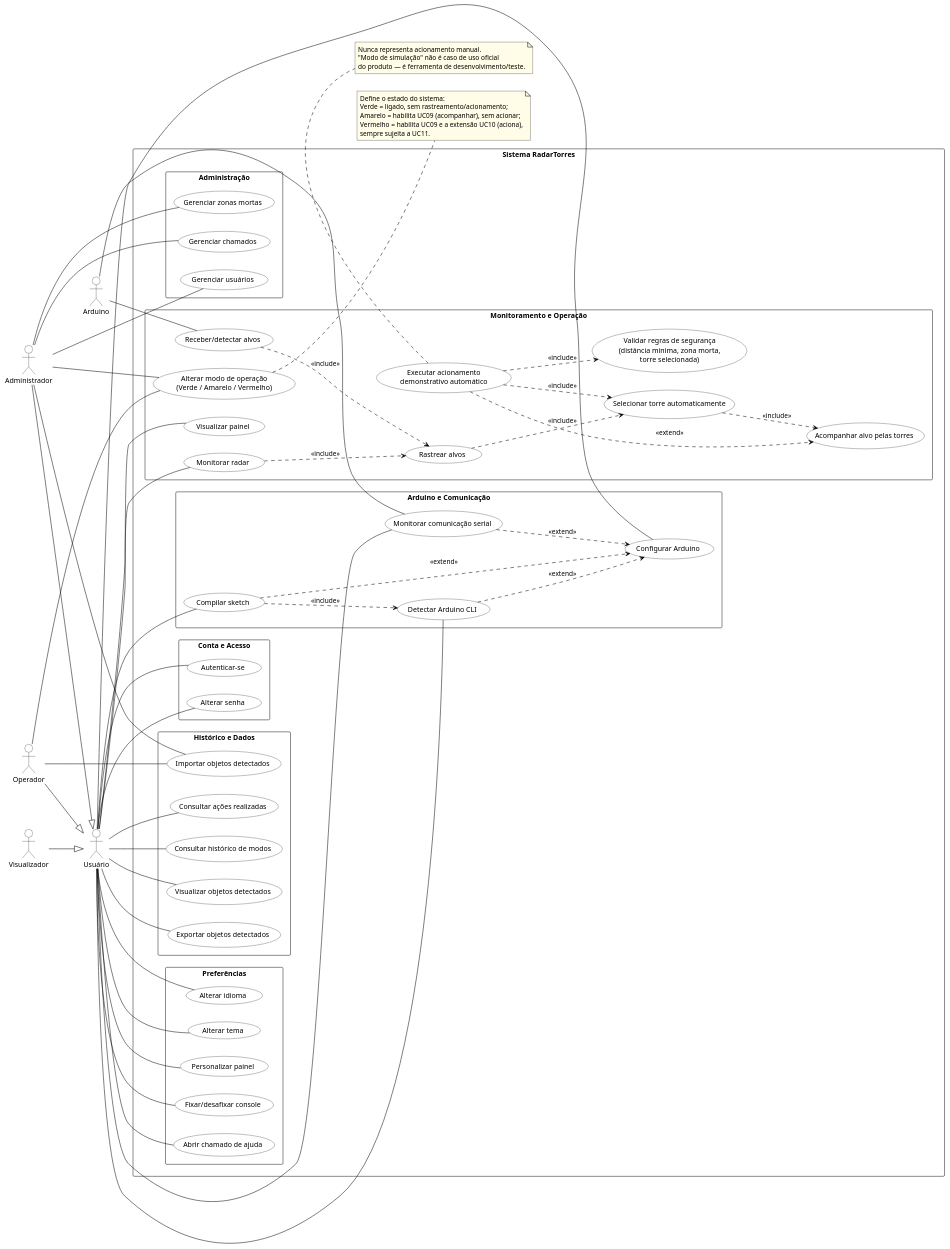
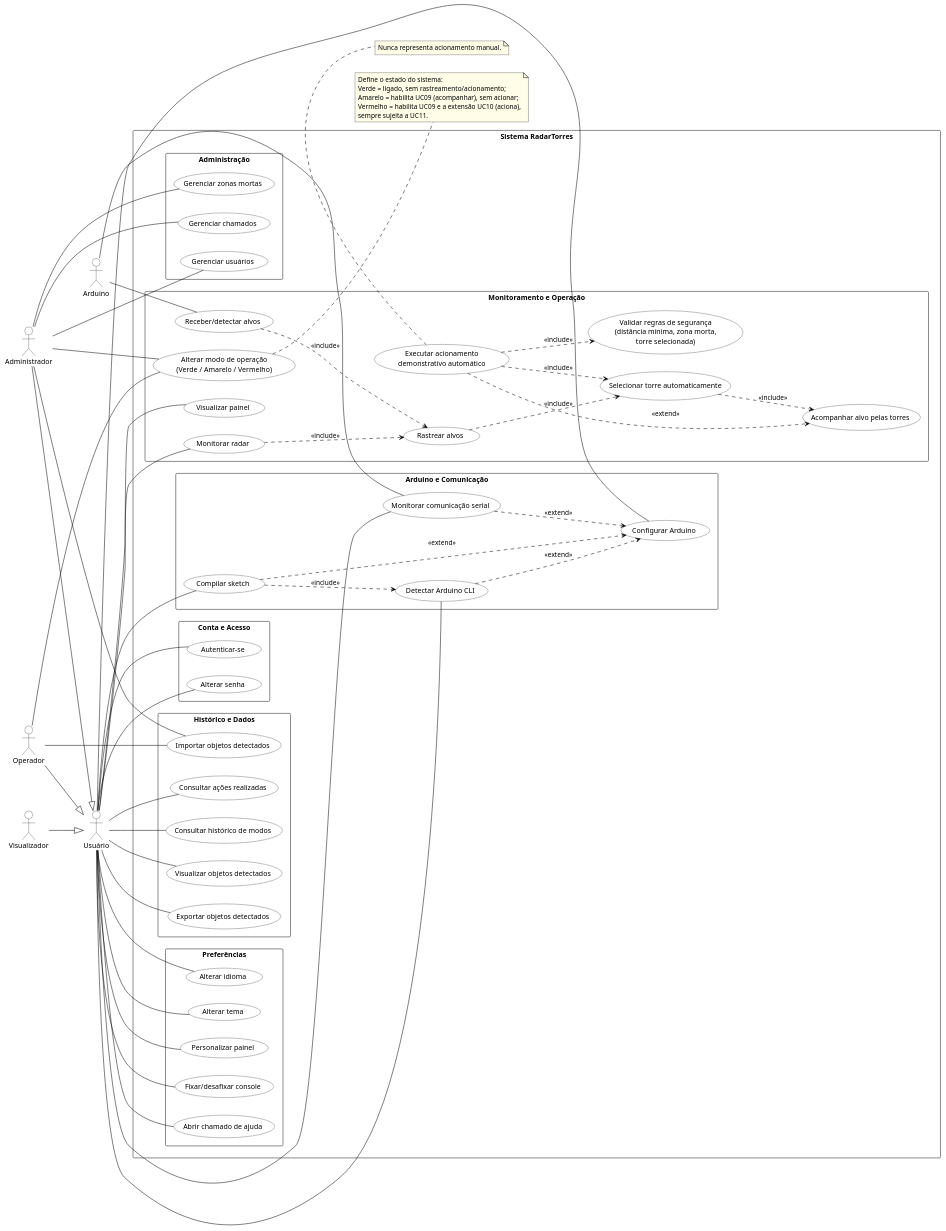
The diagram in Docs/Documentos_Entregaveis/UML/Casos_de_Uso_RadarTorres.puml (Matheus-Emanoel-Souza/Sistema_Rastreamento_Alvos_Arduino), drawn with PlantUML before and after one commit. The commit also changed 12 other files, not shown here.

First line of the commit message:
docs: remove o modo de simulação da documentação do TCC

```diff
--- a/Docs/Documentos_Entregaveis/UML/Casos_de_Uso_RadarTorres.puml
+++ b/Docs/Documentos_Entregaveis/UML/Casos_de_Uso_RadarTorres.puml
@@ -1,145 +1,143 @@
 @startuml Casos_de_Uso_RadarTorres
 
 ' RadarTorres — Diagrama de Casos de Uso (versão para o documento acadêmico do TCC)
 ' Mesmo modelo validado contra o código-fonte já publicado em
 ' Docs/Documentos_Entregaveis/Diagramas_e_requisitos/Diagrama_Casos_de_Uso.puml — reproduzido aqui como artefato
 ' independente do pacote Docs/Documentos_Entregaveis/, para acompanhar Docs/Documentos_Entregaveis/UML_RadarTorres.md sem obrigar
 ' o leitor do TCC a navegar para a pasta de rastreabilidade técnica.
 ' Convenção: casos de uso puramente automáticos (reação do sistema a uma leitura do Arduino
 ' ou a um modo já ativo) não recebem linha de ator — só são alcançados por <<include>>/
 ' <<extend>> a partir de quem realmente os aciona. Isso reforça que não há acionamento manual.
 
 left to right direction
 skinparam shadowing false
 skinparam packageStyle rectangle
 skinparam usecase {
   BackgroundColor White
   BorderColor Black
   ArrowColor Black
 }
 skinparam actor {
   BackgroundColor White
   BorderColor Black
 }
 skinparam note {
   BackgroundColor #FFFDE7
   BorderColor Black
 }
 
 actor "Usuário" as Usuario
 actor "Administrador" as Administrador
 actor "Operador" as Operador
 actor "Visualizador" as Visualizador
 actor "Arduino" as Arduino
 
 Administrador --|> Usuario
 Operador --|> Usuario
 Visualizador --|> Usuario
 
 rectangle "Sistema RadarTorres" {
 
   package "Conta e Acesso" {
     usecase "Autenticar-se" as UC01
     usecase "Alterar senha" as UC02
   }
 
   package "Monitoramento e Operação" {
     usecase "Visualizar painel" as UC03
     usecase "Monitorar radar" as UC04
     usecase "Receber/detectar alvos" as UC05
     usecase "Rastrear alvos" as UC06
     usecase "Selecionar torre automaticamente" as UC07
     usecase "Alterar modo de operação\n(Verde / Amarelo / Vermelho)" as UC08
     usecase "Acompanhar alvo pelas torres" as UC09
     usecase "Executar acionamento\ndemonstrativo automático" as UC10
     usecase "Validar regras de segurança\n(distância mínima, zona morta,\ntorre selecionada)" as UC11
   }
 
   package "Histórico e Dados" {
     usecase "Visualizar objetos detectados" as UC12
     usecase "Exportar objetos detectados" as UC13
     usecase "Importar objetos detectados" as UC14
     usecase "Consultar ações realizadas" as UC15
     usecase "Consultar histórico de modos" as UC16
   }
 
   package "Administração" {
     usecase "Gerenciar usuários" as UC17
     usecase "Gerenciar zonas mortas" as UC18
     usecase "Gerenciar chamados" as UC24
   }
 
   package "Preferências" {
     usecase "Alterar idioma" as UC19
     usecase "Alterar tema" as UC20
     usecase "Personalizar painel" as UC21
     usecase "Fixar/desafixar console" as UC22
     usecase "Abrir chamado de ajuda" as UC23
   }
 
   package "Arduino e Comunicação" {
     usecase "Configurar Arduino" as UC25
     usecase "Detectar Arduino CLI" as UC26
     usecase "Compilar sketch" as UC27
     usecase "Monitorar comunicação serial" as UC28
   }
 }
 
 Usuario -- UC01
 Usuario -- UC02
 Usuario -- UC03
 Usuario -- UC04
 Usuario -- UC12
 Usuario -- UC13
 Usuario -- UC15
 Usuario -- UC16
 Usuario -- UC19
 Usuario -- UC20
 Usuario -- UC21
 Usuario -- UC22
 Usuario -- UC23
 Usuario -- UC25
 Usuario -- UC26
 Usuario -- UC27
 Usuario -- UC28
 
 Administrador -- UC08
 Operador -- UC08
 Administrador -- UC14
 Operador -- UC14
 
 Administrador -- UC17
 Administrador -- UC18
 Administrador -- UC24
 
 Arduino -- UC05
 Arduino -- UC28
 
 UC04 ..> UC06 : <<include>>
 UC05 ..> UC06 : <<include>>
 UC06 ..> UC07 : <<include>>
 UC07 ..> UC09 : <<include>>
 UC10 ..> UC09 : <<extend>>
 UC10 ..> UC07 : <<include>>
 UC10 ..> UC11 : <<include>>
 
 UC27 ..> UC26 : <<include>>
 UC26 ..> UC25 : <<extend>>
 UC27 ..> UC25 : <<extend>>
 UC28 ..> UC25 : <<extend>>
 
 note right of UC08
   Define o estado do sistema:
   Verde = ligado, sem rastreamento/acionamento;
   Amarelo = habilita UC09 (acompanhar), sem acionar;
   Vermelho = habilita UC09 e a extensão UC10 (aciona),
   sempre sujeita a UC11.
 end note
 
 note bottom of UC10
   Nunca representa acionamento manual.
-  "Modo de simulação" não é caso de uso oficial
-  do produto — é ferramenta de desenvolvimento/teste.
 end note
 
 @enduml
```
